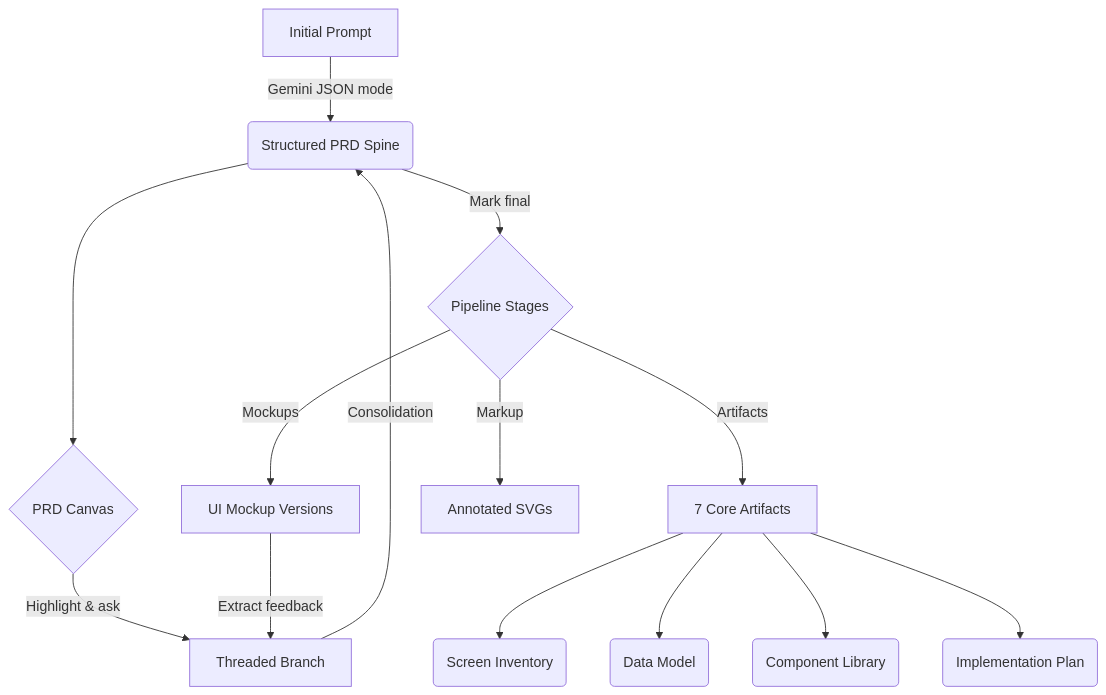
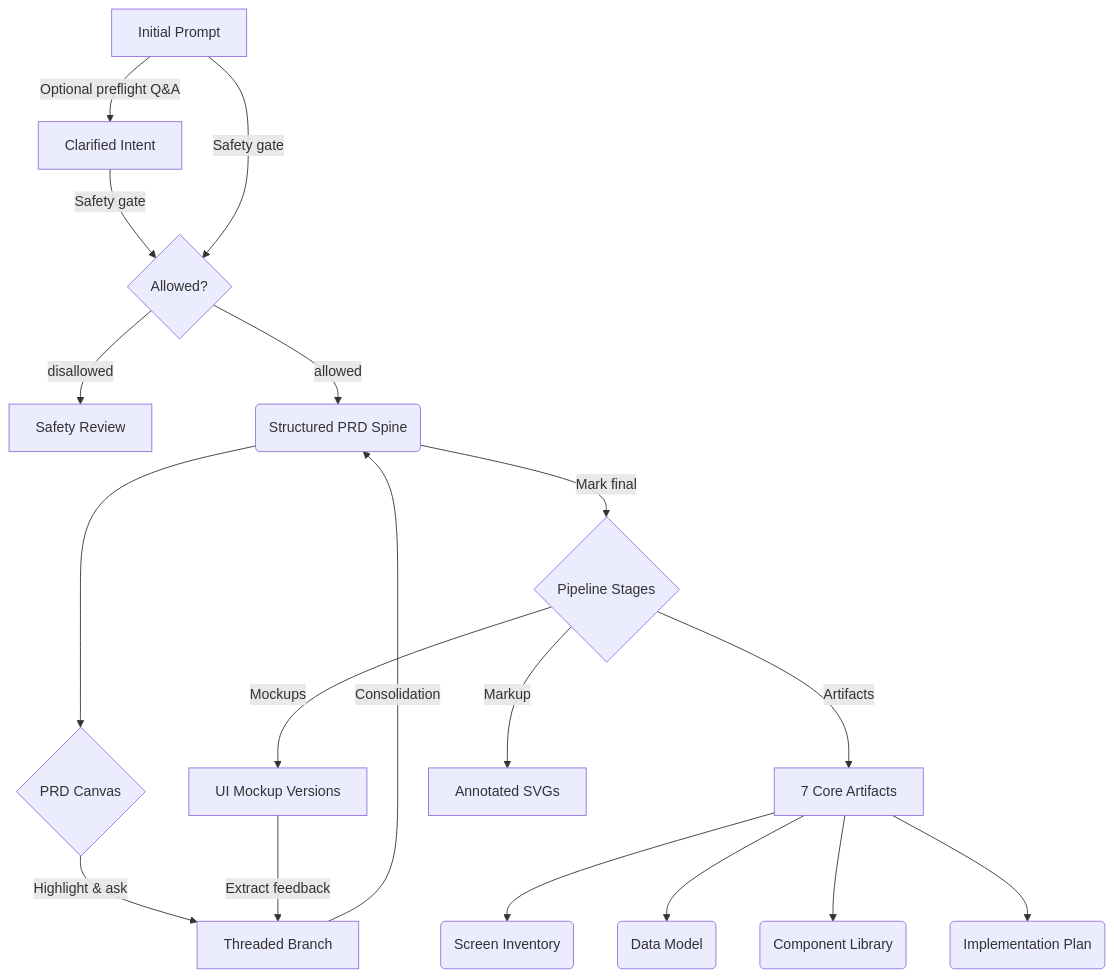
Before and after one commit to TGALLOWAY1/Synapse: the diagram in README.md, drawn with Mermaid. The commit also changed other lines of this file and 1 other file, not shown here.

````diff
--- a/README.md
+++ b/README.md
@@ -117,19 +165,23 @@
 ```mermaid
 graph TD
-    A[Initial Prompt] -->|Gemini JSON mode| B(Structured PRD Spine)
+    A[Initial Prompt] -->|Optional preflight Q&A| P[Clarified Intent]
+    P -->|Safety gate| S{Allowed?}
+    A -->|Safety gate| S
+    S -->|disallowed| R[Safety Review]
+    S -->|allowed| B(Structured PRD Spine)
     B --> C{PRD Canvas}
     C -->|Highlight & ask| D[Threaded Branch]
     D -->|Consolidation| B
 
     B -->|Mark final| E{Pipeline Stages}
     E -->|Mockups| F[UI Mockup Versions]
     F -->|Extract feedback| D
 
     E -->|Artifacts| H[7 Core Artifacts]
     E -->|Markup| I[Annotated SVGs]
 
     H --> J(Screen Inventory)
     H --> K(Data Model)
     H --> L(Component Library)
     H --> M(Implementation Plan)
 ```
````
